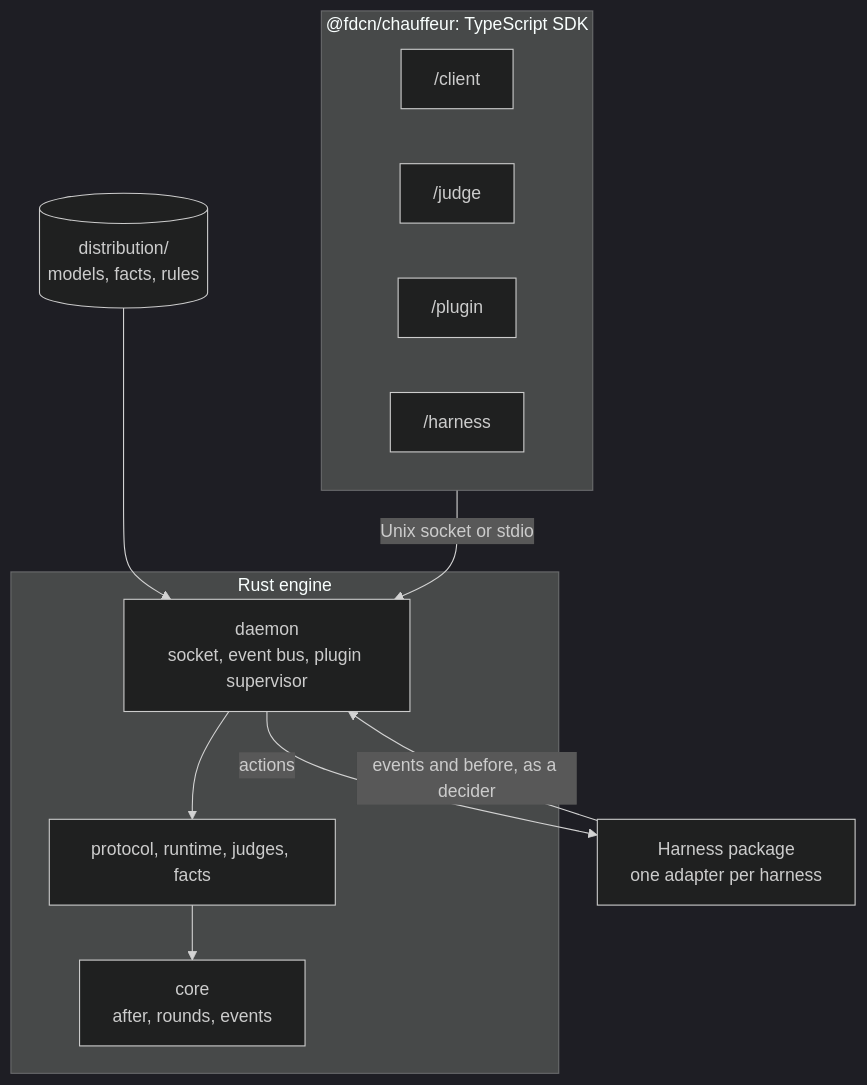
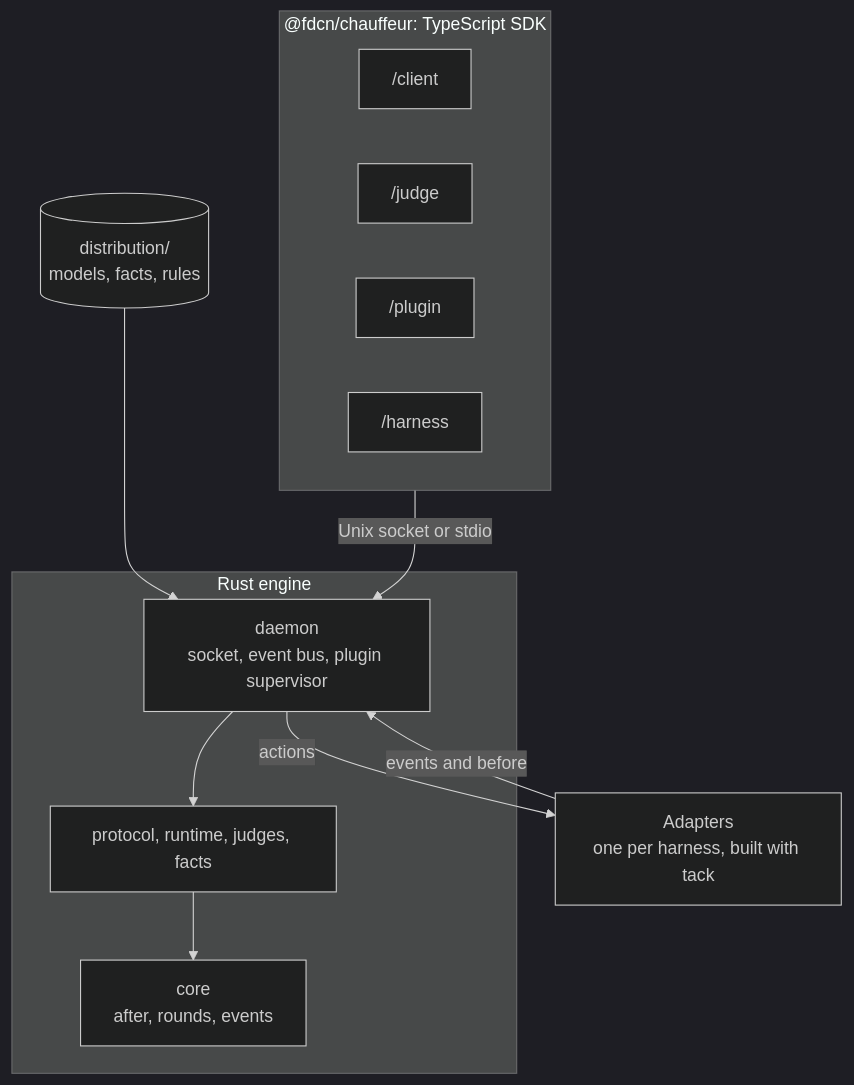
The fourth of 10 diagrams in docs/plans/pluggability.md (StevenJPx2/chauffeur), drawn with Mermaid (dark theme) before and after one commit. The commit also changed other lines of this file and 12 other files, not shown here.

Commit message:
docs(plan): add the OpenCode adapter to slice 1 and build adapters on tack

````diff
--- a/docs/plans/pluggability.md
+++ b/docs/plans/pluggability.md
@@ -136,22 +138,22 @@
 ```mermaid
 flowchart TB
     subgraph TS["@fdcn/chauffeur: TypeScript SDK"]
         Client["/client"]
         Judge["/judge"]
         PluginSDK["/plugin"]
         Harness["/harness"]
     end
-    Adapters["Harness package<br/>one adapter per harness"]
+    Adapters["Adapters<br/>one per harness, built with tack"]
     subgraph Engine["Rust engine"]
         Daemon["daemon<br/>socket, event bus, plugin supervisor"]
         Run["protocol, runtime, judges, facts"]
         Core["core<br/>after, rounds, events"]
     end
     Dist[("distribution/<br/>models, facts, rules")]
     TS -- "Unix socket or stdio" --> Daemon
-    Adapters -- "events and before, as a decider" --> Daemon
+    Adapters -- "events and before" --> Daemon
     Daemon -- "actions" --> Adapters
     Daemon --> Run
     Run --> Core
     Dist --> Daemon
 ```
````
